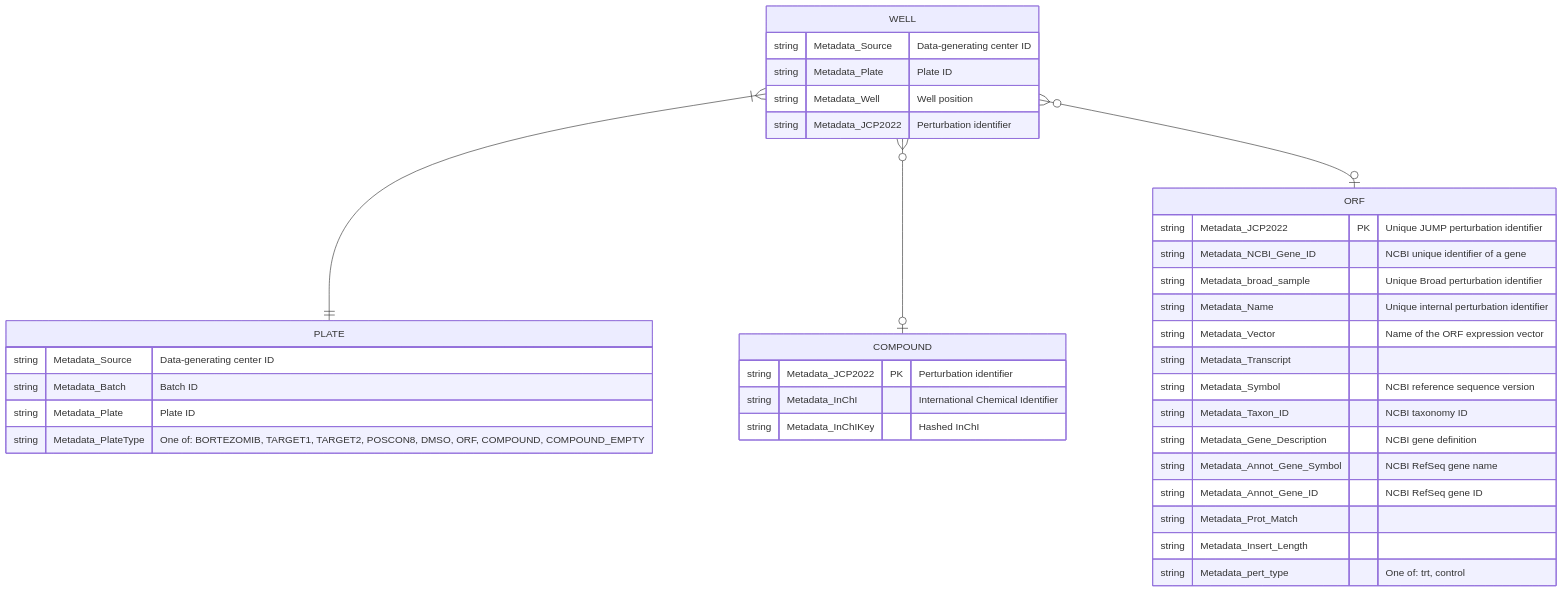
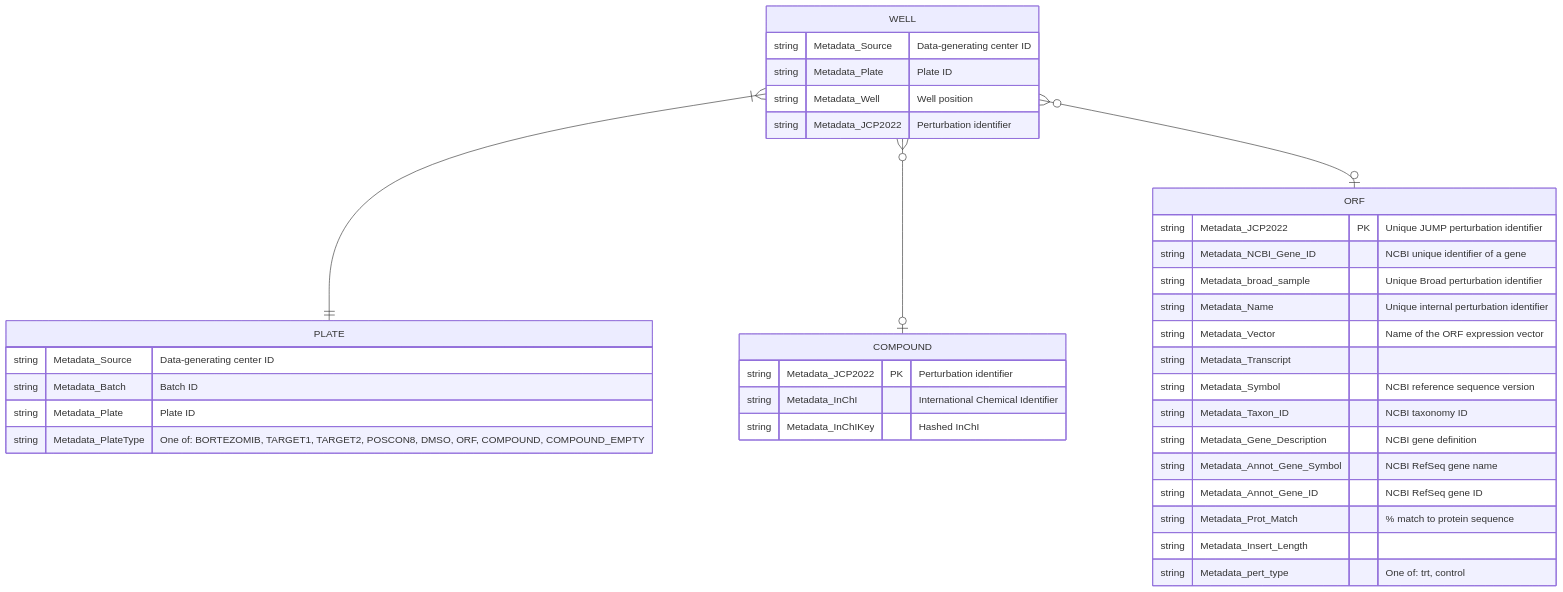
One commit to jump-cellpainting/datasets changed the diagram in metadata/README.md. Above: the diagram before and after it, drawn with Mermaid.

````diff
--- a/metadata/README.md
+++ b/metadata/README.md
@@ -6,39 +6,39 @@
 ```mermaid
 erDiagram
     WELL }|--|| PLATE : ""
     WELL {
         string Metadata_Source "Data-generating center ID"
         string Metadata_Plate "Plate ID"
         string Metadata_Well "Well position"
         string Metadata_JCP2022 "Perturbation identifier"
     }
     PLATE {
         string Metadata_Source "Data-generating center ID"
         string Metadata_Batch "Batch ID"
         string Metadata_Plate "Plate ID"
         string Metadata_PlateType "One of: BORTEZOMIB, TARGET1, TARGET2, POSCON8, DMSO, ORF, COMPOUND, COMPOUND_EMPTY"
     }
     WELL }o--o| COMPOUND : ""
     COMPOUND {
         string Metadata_JCP2022 PK "Perturbation identifier"
         string Metadata_InChI "International Chemical Identifier"
         string Metadata_InChIKey "Hashed InChI"
     }
     WELL }o--o| ORF : ""
     ORF {
         string Metadata_JCP2022 PK "Unique JUMP perturbation identifier"
         string Metadata_NCBI_Gene_ID "NCBI unique identifier of a gene"
         string Metadata_broad_sample "Unique Broad perturbation identifier"
         string Metadata_Name "Unique internal perturbation identifier"
         string Metadata_Vector "Name of the ORF expression vector"
         string Metadata_Transcript ""
         string Metadata_Symbol "NCBI reference sequence version"
         string Metadata_Taxon_ID "NCBI taxonomy ID"
         string Metadata_Gene_Description "NCBI gene definition"
         string Metadata_Annot_Gene_Symbol "NCBI RefSeq gene name"
         string Metadata_Annot_Gene_ID "NCBI RefSeq gene ID"
-        string Metadata_Prot_Match ""
+        string Metadata_Prot_Match "% match to protein sequence"
         string Metadata_Insert_Length ""
         string Metadata_pert_type "One of: trt, control"
     }
 ```
````
